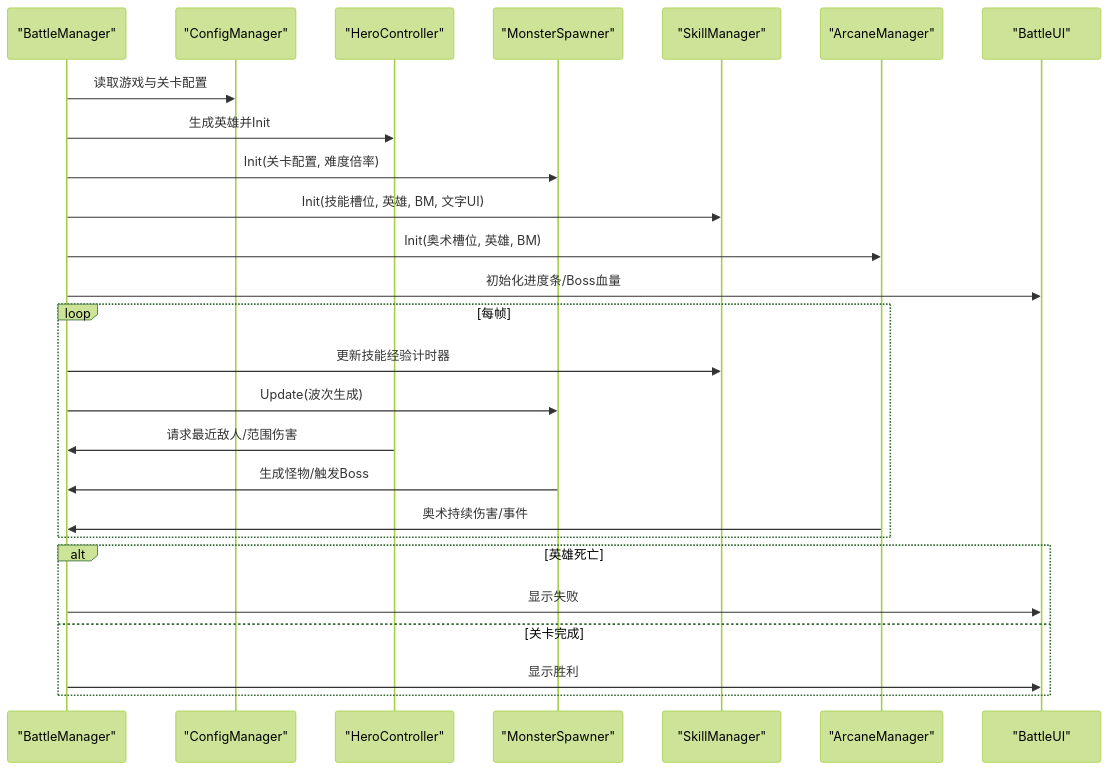
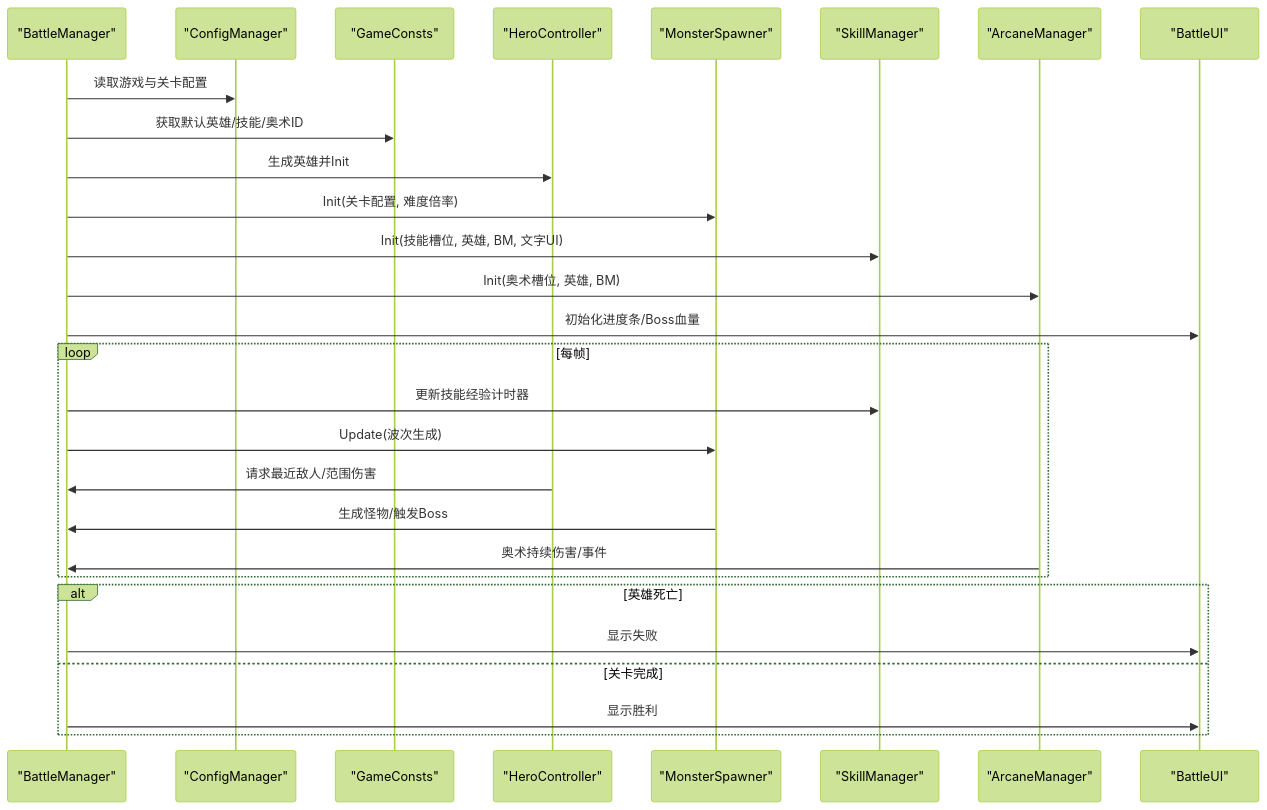
The second of 6 diagrams in .qoder/repowiki/zh/content/战斗系统/战斗管理器.md (Tuusen/p1_client), drawn with Mermaid (forest theme) before and after one commit. The commit also changed other lines of this file and 3 other files, not shown here.

````diff
--- a/.qoder/repowiki/zh/content/战斗系统/战斗管理器.md
+++ b/.qoder/repowiki/zh/content/战斗系统/战斗管理器.md
@@ -137,28 +144,30 @@
 ```mermaid
 sequenceDiagram
 participant BM as "BattleManager"
 participant CM as "ConfigManager"
+participant GC as "GameConsts"
 participant HC as "HeroController"
 participant MS as "MonsterSpawner"
 participant SM as "SkillManager"
 participant AM as "ArcaneManager"
 participant UI as "BattleUI"
 BM->>CM : 读取游戏与关卡配置
+BM->>GC : 获取默认英雄/技能/奥术ID
 BM->>HC : 生成英雄并Init
 BM->>MS : Init(关卡配置, 难度倍率)
 BM->>SM : Init(技能槽位, 英雄, BM, 文字UI)
 BM->>AM : Init(奥术槽位, 英雄, BM)
 BM->>UI : 初始化进度条/Boss血量
 loop 每帧
 BM->>SM : 更新技能经验计时器
 BM->>MS : Update(波次生成)
 HC->>BM : 请求最近敌人/范围伤害
 MS->>BM : 生成怪物/触发Boss
 AM->>BM : 奥术持续伤害/事件
 end
 alt 英雄死亡
 BM->>UI : 显示失败
 else 关卡完成
 BM->>UI : 显示胜利
 end
 ```
````
